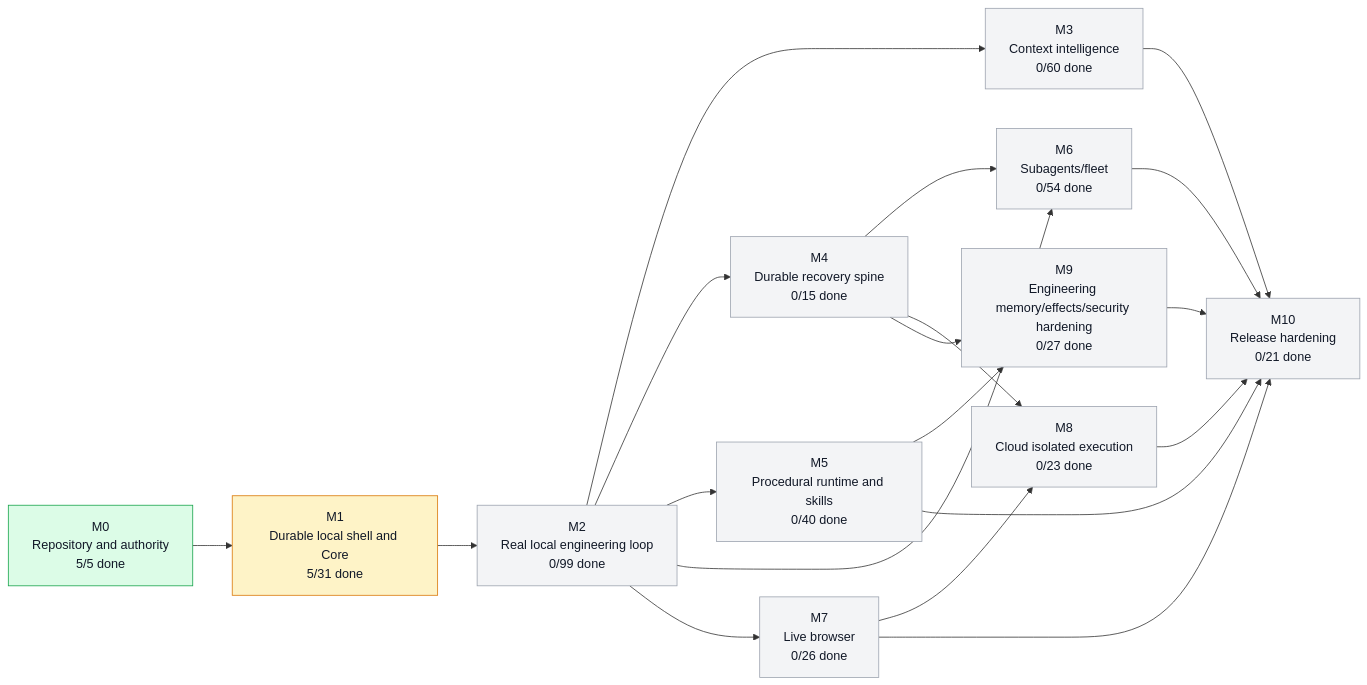
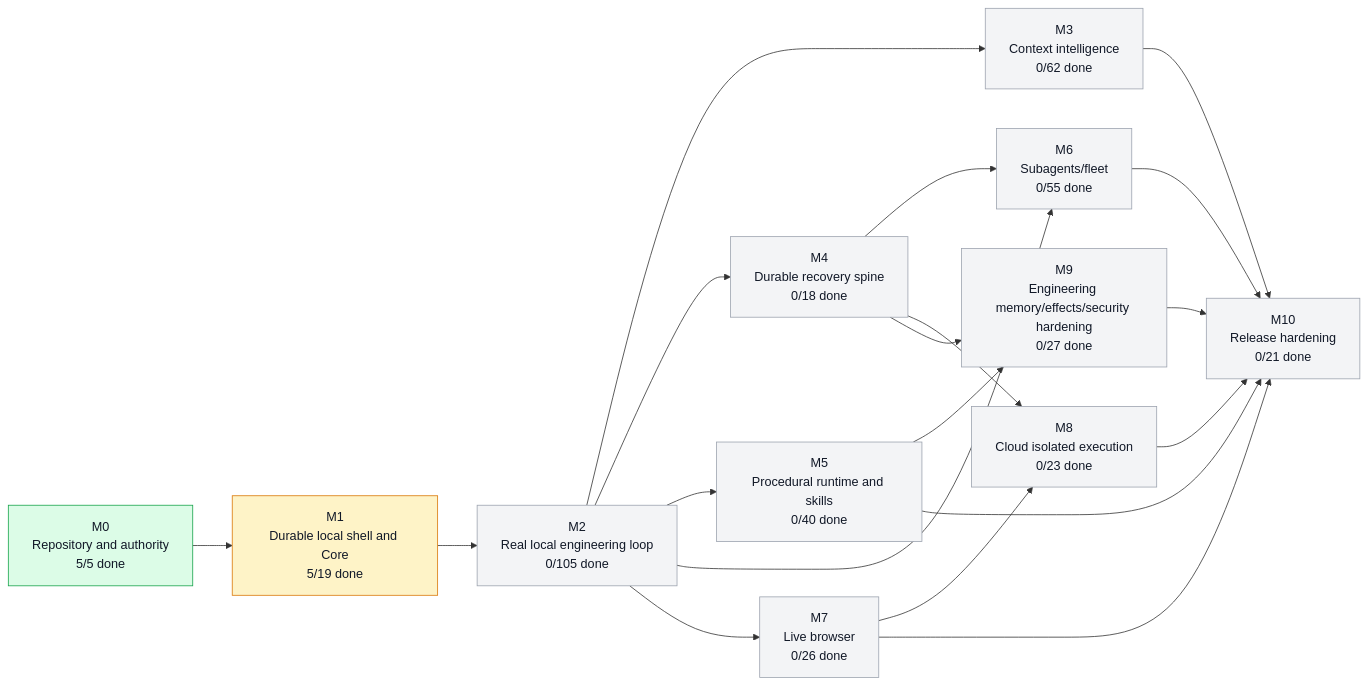
One commit to moss101/modbit changed the first of 5 diagrams in graph/PROJECT_GRAPH.md. Above: the diagram before and after it, drawn with Mermaid. The commit also changed other lines of this file and 46 other files, not shown here.

````diff
--- a/graph/PROJECT_GRAPH.md
+++ b/graph/PROJECT_GRAPH.md
@@ -57,43 +57,43 @@
 ```mermaid
 flowchart LR
   M0["M0<br/>Repository and authority<br/>5/5 done"]
-  M1["M1<br/>Durable local shell and Core<br/>5/31 done"]
-  M2["M2<br/>Real local engineering loop<br/>0/99 done"]
-  M3["M3<br/>Context intelligence<br/>0/60 done"]
-  M4["M4<br/>Durable recovery spine<br/>0/15 done"]
+  M1["M1<br/>Durable local shell and Core<br/>5/19 done"]
+  M2["M2<br/>Real local engineering loop<br/>0/105 done"]
+  M3["M3<br/>Context intelligence<br/>0/62 done"]
+  M4["M4<br/>Durable recovery spine<br/>0/18 done"]
   M5["M5<br/>Procedural runtime and skills<br/>0/40 done"]
-  M6["M6<br/>Subagents/fleet<br/>0/54 done"]
+  M6["M6<br/>Subagents/fleet<br/>0/55 done"]
   M7["M7<br/>Live browser<br/>0/26 done"]
   M8["M8<br/>Cloud isolated execution<br/>0/23 done"]
   M9["M9<br/>Engineering memory/effects/security hardening<br/>0/27 done"]
   M10["M10<br/>Release hardening<br/>0/21 done"]
   M0 --> M1
   M1 --> M2
   M2 --> M3
   M2 --> M4
   M2 --> M5
   M2 --> M6
   M4 --> M6
   M2 --> M7
   M4 --> M8
   M7 --> M8
   M4 --> M9
   M5 --> M9
   M3 --> M10
   M5 --> M10
   M6 --> M10
   M7 --> M10
   M8 --> M10
   M9 --> M10
   style M0 fill:#dcfce7,stroke:#16a34a,color:#111827
   style M1 fill:#fef3c7,stroke:#d97706,color:#111827
   style M2 fill:#f3f4f6,stroke:#9ca3af,color:#111827
   style M3 fill:#f3f4f6,stroke:#9ca3af,color:#111827
   style M4 fill:#f3f4f6,stroke:#9ca3af,color:#111827
   style M5 fill:#f3f4f6,stroke:#9ca3af,color:#111827
   style M6 fill:#f3f4f6,stroke:#9ca3af,color:#111827
   style M7 fill:#f3f4f6,stroke:#9ca3af,color:#111827
   style M8 fill:#f3f4f6,stroke:#9ca3af,color:#111827
   style M9 fill:#f3f4f6,stroke:#9ca3af,color:#111827
   style M10 fill:#f3f4f6,stroke:#9ca3af,color:#111827
 ```
````
